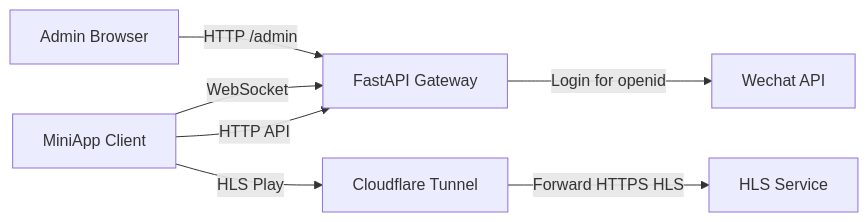
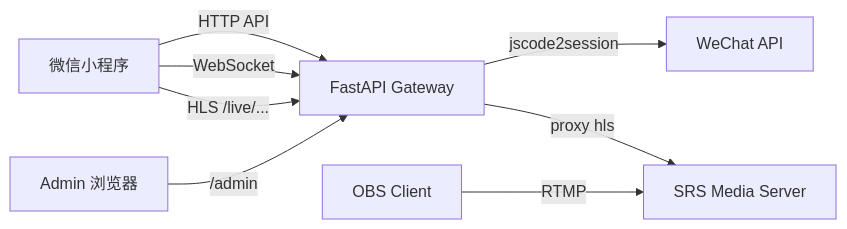
The first of 8 diagrams in docs/architecture-design.md (24-Fahed/Live-Project), drawn with Mermaid before and after one commit. The commit also changed other lines of this file and 13 other files, not shown here.

````diff
--- a/docs/architecture-design.md
+++ b/docs/architecture-design.md
@@ -22,16 +22,17 @@
 ```mermaid
 flowchart LR
-    MiniApp[MiniApp Client]
-    Admin[Admin Browser]
+    MiniApp[微信小程序]
+    Admin[Admin 浏览器]
     Gateway[FastAPI Gateway]
-    HLS[HLS Service]
-    WX[Wechat API]
-    Tunnel[Cloudflare Tunnel]
+    SRS[SRS Media Server]
+    WX[WeChat API]
+    OBS[OBS Client]
 
     MiniApp -->|HTTP API| Gateway
     MiniApp -->|WebSocket| Gateway
-    MiniApp -->|HLS Play| Tunnel
-    Admin -->|HTTP /admin| Gateway
-    Gateway -->|Login for openid| WX
-    Tunnel -->|Forward HTTPS HLS| HLS
+    MiniApp -->|HLS /live/...| Gateway
+    Admin -->|/admin| Gateway
+    Gateway -->|jscode2session| WX
+    Gateway -->|proxy hls| SRS
+    OBS -->|RTMP| SRS
 ```
````
